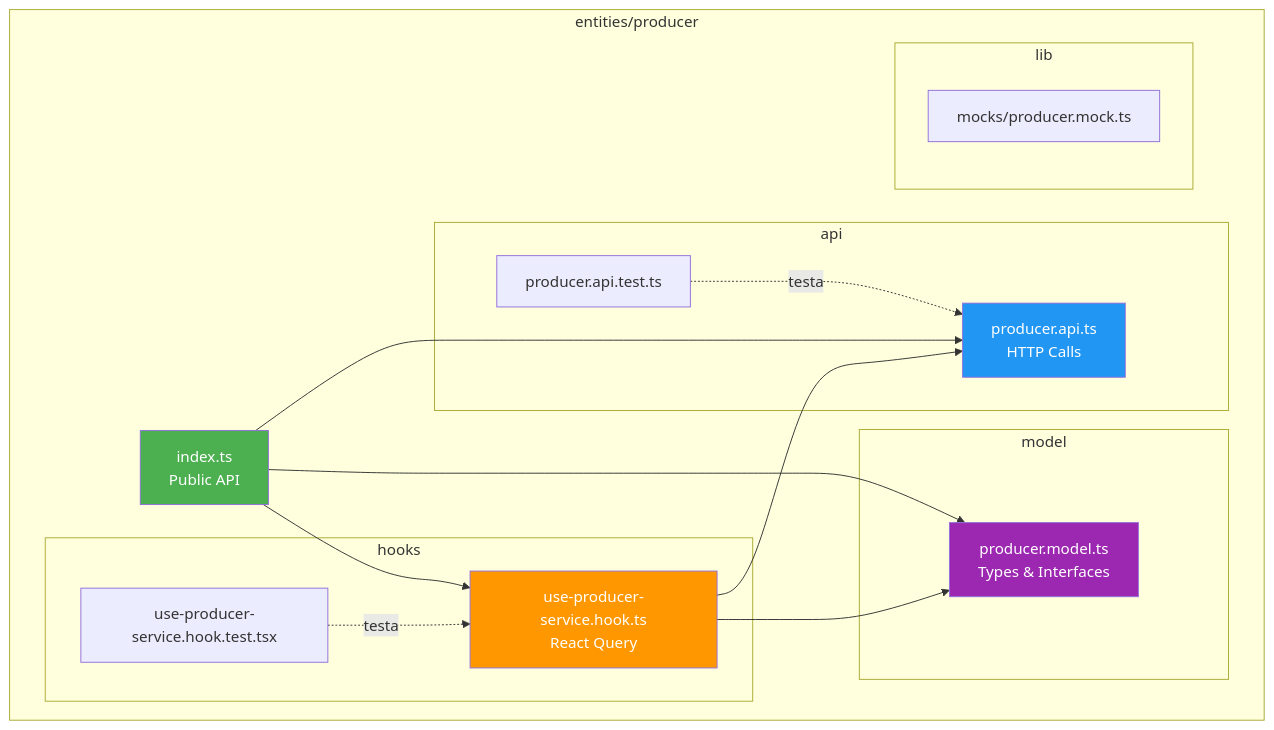
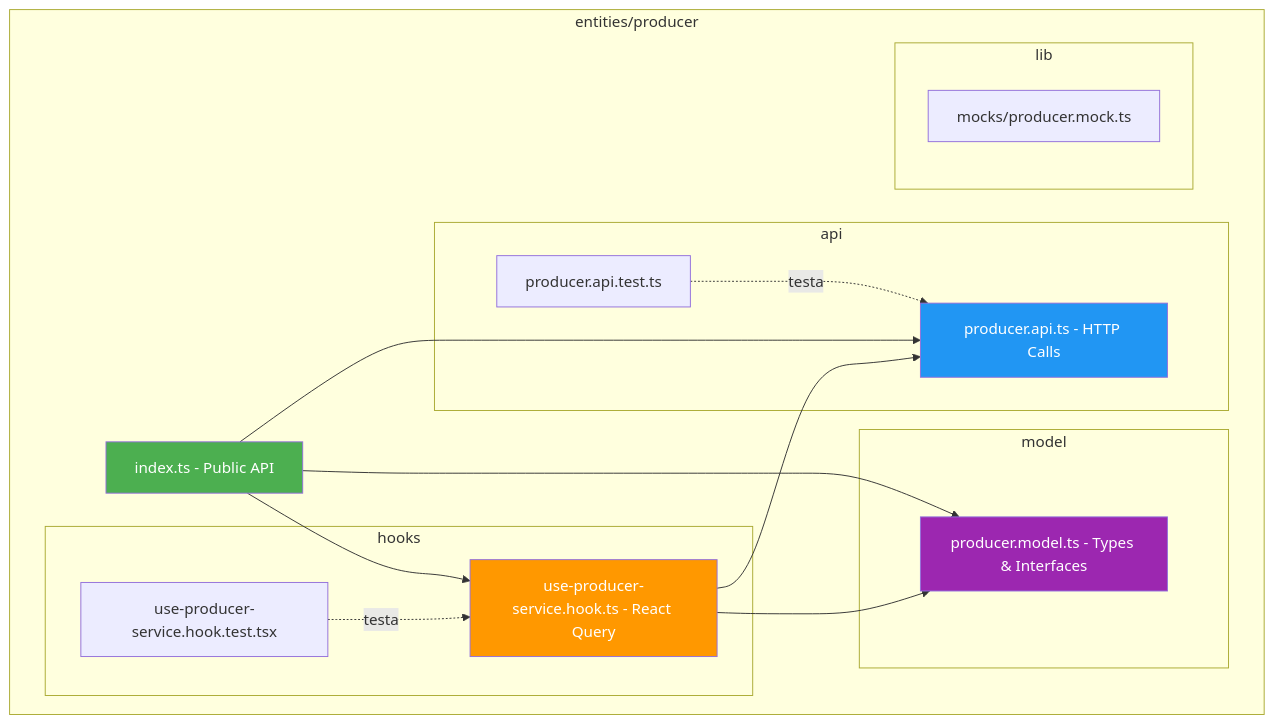
One commit to Fioravante1/brain-agriculture changed the sixth of 14 diagrams in docs/diagrams.md. Above: the diagram before and after it, drawn with Mermaid. The commit also changed other lines of this file, not shown here.

First line of the commit message:
refactor(docs): atualiza formatação de diagramas no markdown

````diff
--- a/docs/diagrams.md
+++ b/docs/diagrams.md
@@ -319,39 +306,39 @@
 ```mermaid
 graph TB
     subgraph "entities/producer"
-        INDEX[index.ts<br/>Public API]
+        INDEX[index.ts - Public API]
 
         subgraph "api"
-            API[producer.api.ts<br/>HTTP Calls]
+            API[producer.api.ts - HTTP Calls]
             APITEST[producer.api.test.ts]
         end
 
         subgraph "hooks"
-            HOOKS[use-producer-service.hook.ts<br/>React Query]
+            HOOKS[use-producer-service.hook.ts - React Query]
             HOOKTEST[use-producer-service.hook.test.tsx]
         end
 
         subgraph "model"
-            MODEL[producer.model.ts<br/>Types & Interfaces]
+            MODEL[producer.model.ts - Types & Interfaces]
         end
 
         subgraph "lib"
             MOCKS[mocks/producer.mock.ts]
         end
 
         INDEX --> API
         INDEX --> HOOKS
         INDEX --> MODEL
 
         HOOKS --> API
         HOOKS --> MODEL
 
         APITEST -.testa.-> API
         HOOKTEST -.testa.-> HOOKS
     end
 
     style INDEX fill:#4caf50,color:#fff
     style API fill:#2196f3,color:#fff
     style HOOKS fill:#ff9800,color:#fff
     style MODEL fill:#9c27b0,color:#fff
 ```
````
